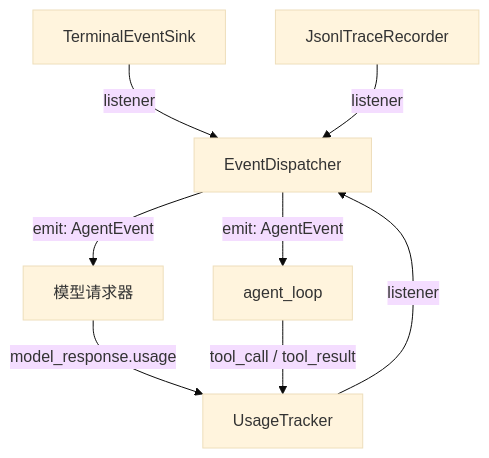
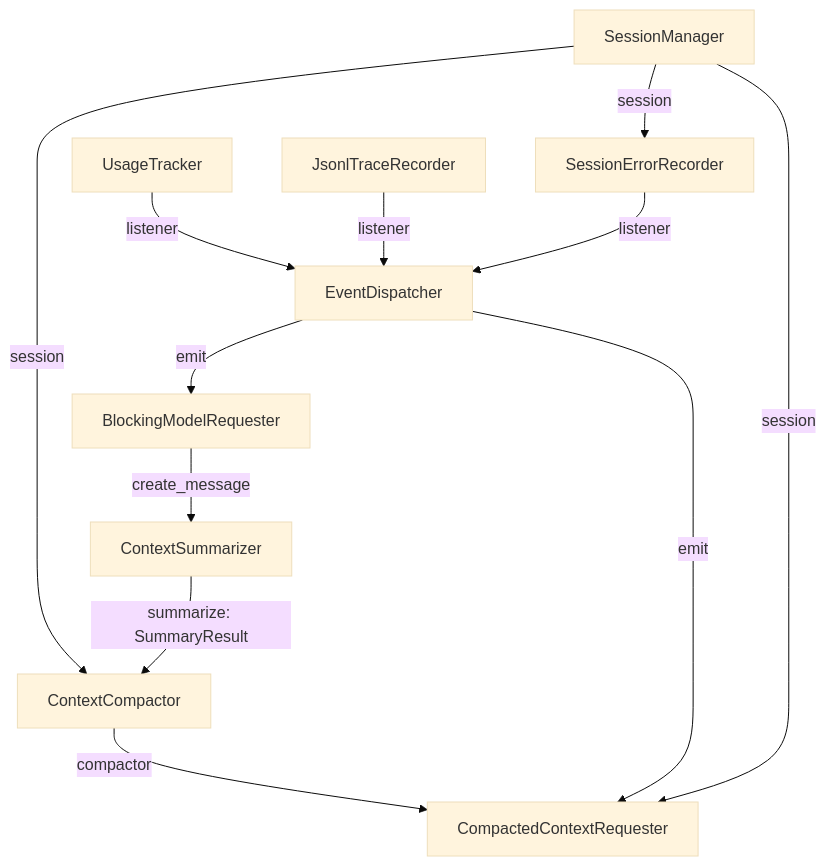
The second of 2 diagrams in s11_runtime_observability/README.md (liuying151203-create/zero2pi), drawn with Mermaid (base theme) before and after one commit. The commit also changed other lines of this file and 2 other files, not shown here.

Commit message:
feat(s11): persist session usage with model records / 随模型记录持久化会话用量

````diff
--- a/s11_runtime_observability/README.md
+++ b/s11_runtime_observability/README.md
@@ -49,10 +57,14 @@
 ```mermaid
 flowchart TB
-    A[TerminalEventSink] -->|listener| D[EventDispatcher]
-    B[JsonlTraceRecorder] -->|listener| D
-    C[UsageTracker] -->|listener| D
-    D -->|emit: AgentEvent| E[模型请求器]
-    D -->|emit: AgentEvent| F[agent_loop]
-    E -->|model_response.usage| C
-    F -->|tool_call / tool_result| C
+    A[BlockingModelRequester] -->|create_message| B[ContextSummarizer]
+    B -->|summarize: SummaryResult| C[ContextCompactor]
+    D[SessionManager] -->|session| C
+    D -->|session| E[SessionErrorRecorder]
+    D -->|session| F[CompactedContextRequester]
+    C -->|compactor| F
+    G[UsageTracker] -->|listener| H[EventDispatcher]
+    E -->|listener| H
+    I[JsonlTraceRecorder] -->|listener| H
+    H -->|emit| A
+    H -->|emit| F
 ```
````
